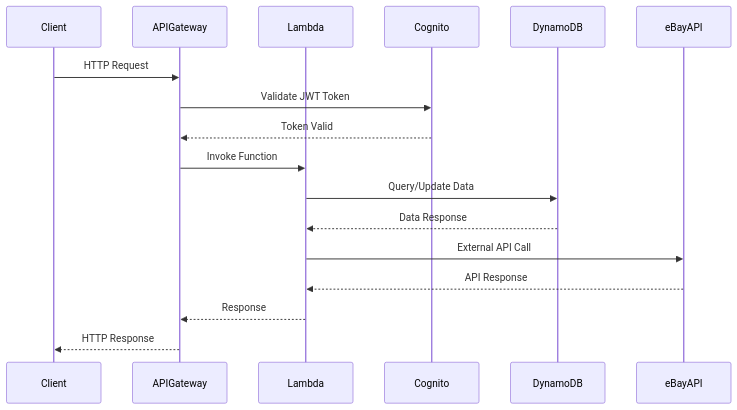
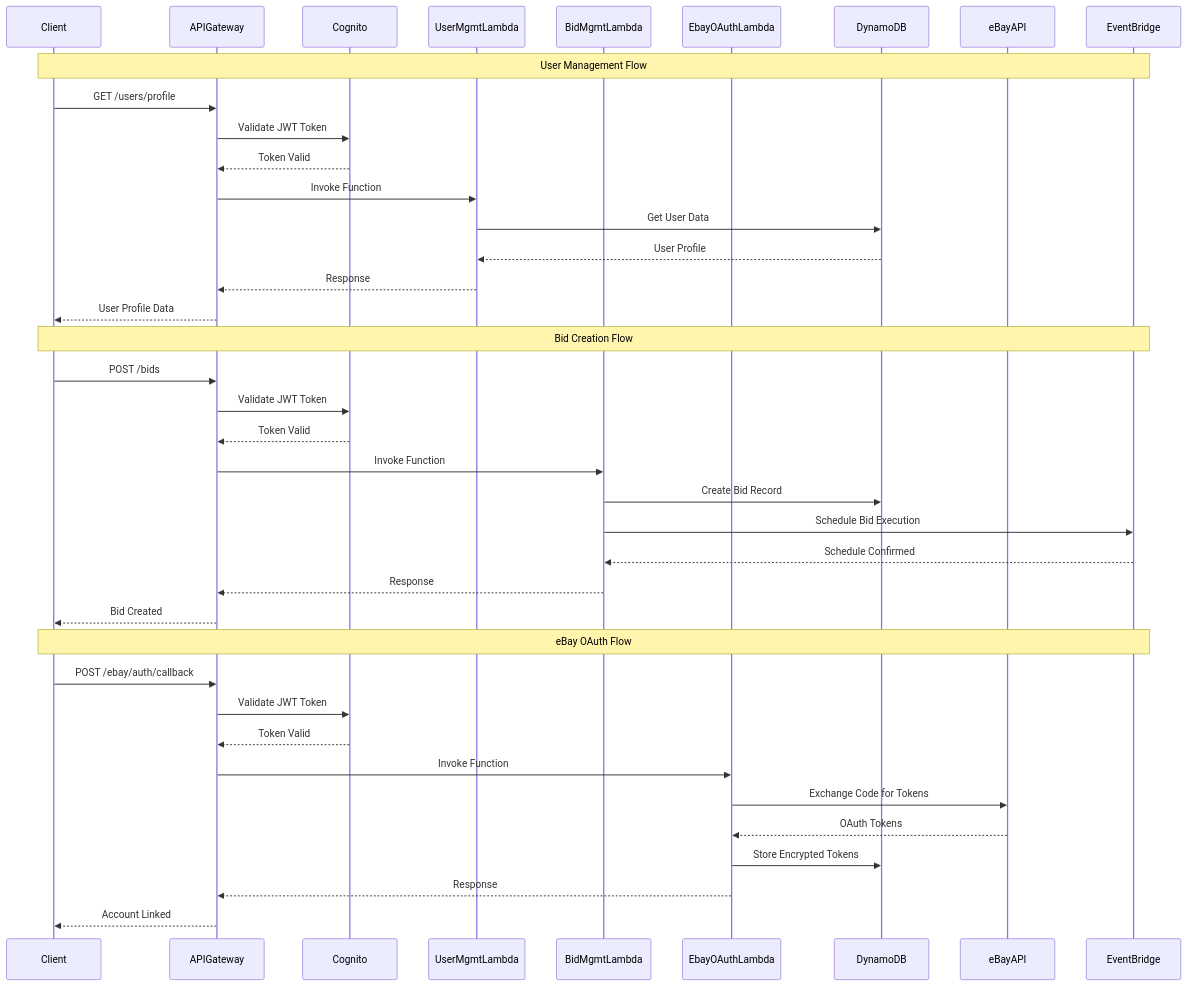
One commit to AdityaSidharta/ebay-sniper changed the third of 5 diagrams in docs/data-flow.md. Above: the diagram before and after it, drawn with Mermaid. The commit also changed other lines of this file and 13 other files, not shown here.

````diff
--- a/docs/data-flow.md
+++ b/docs/data-flow.md
@@ -249,20 +282,44 @@
 ```mermaid
 sequenceDiagram
     participant Client
     participant APIGateway
-    participant Lambda
     participant Cognito
+    participant UserMgmtLambda
+    participant BidMgmtLambda
+    participant EbayOAuthLambda
     participant DynamoDB
     participant eBayAPI
+    participant EventBridge
     
-    Client->>APIGateway: HTTP Request
+    Note over Client,EventBridge: User Management Flow
+    Client->>APIGateway: GET /users/profile
     APIGateway->>Cognito: Validate JWT Token
     Cognito-->>APIGateway: Token Valid
-    APIGateway->>Lambda: Invoke Function
-    Lambda->>DynamoDB: Query/Update Data
-    DynamoDB-->>Lambda: Data Response
-    Lambda->>eBayAPI: External API Call
-    eBayAPI-->>Lambda: API Response
-    Lambda-->>APIGateway: Response
-    APIGateway-->>Client: HTTP Response
+    APIGateway->>UserMgmtLambda: Invoke Function
+    UserMgmtLambda->>DynamoDB: Get User Data
+    DynamoDB-->>UserMgmtLambda: User Profile
+    UserMgmtLambda-->>APIGateway: Response
+    APIGateway-->>Client: User Profile Data
+    
+    Note over Client,EventBridge: Bid Creation Flow
+    Client->>APIGateway: POST /bids
+    APIGateway->>Cognito: Validate JWT Token
+    Cognito-->>APIGateway: Token Valid
+    APIGateway->>BidMgmtLambda: Invoke Function
+    BidMgmtLambda->>DynamoDB: Create Bid Record
+    BidMgmtLambda->>EventBridge: Schedule Bid Execution
+    EventBridge-->>BidMgmtLambda: Schedule Confirmed
+    BidMgmtLambda-->>APIGateway: Response
+    APIGateway-->>Client: Bid Created
+    
+    Note over Client,EventBridge: eBay OAuth Flow
+    Client->>APIGateway: POST /ebay/auth/callback
+    APIGateway->>Cognito: Validate JWT Token
+    Cognito-->>APIGateway: Token Valid
+    APIGateway->>EbayOAuthLambda: Invoke Function
+    EbayOAuthLambda->>eBayAPI: Exchange Code for Tokens
+    eBayAPI-->>EbayOAuthLambda: OAuth Tokens
+    EbayOAuthLambda->>DynamoDB: Store Encrypted Tokens
+    EbayOAuthLambda-->>APIGateway: Response
+    APIGateway-->>Client: Account Linked
 ```
````
